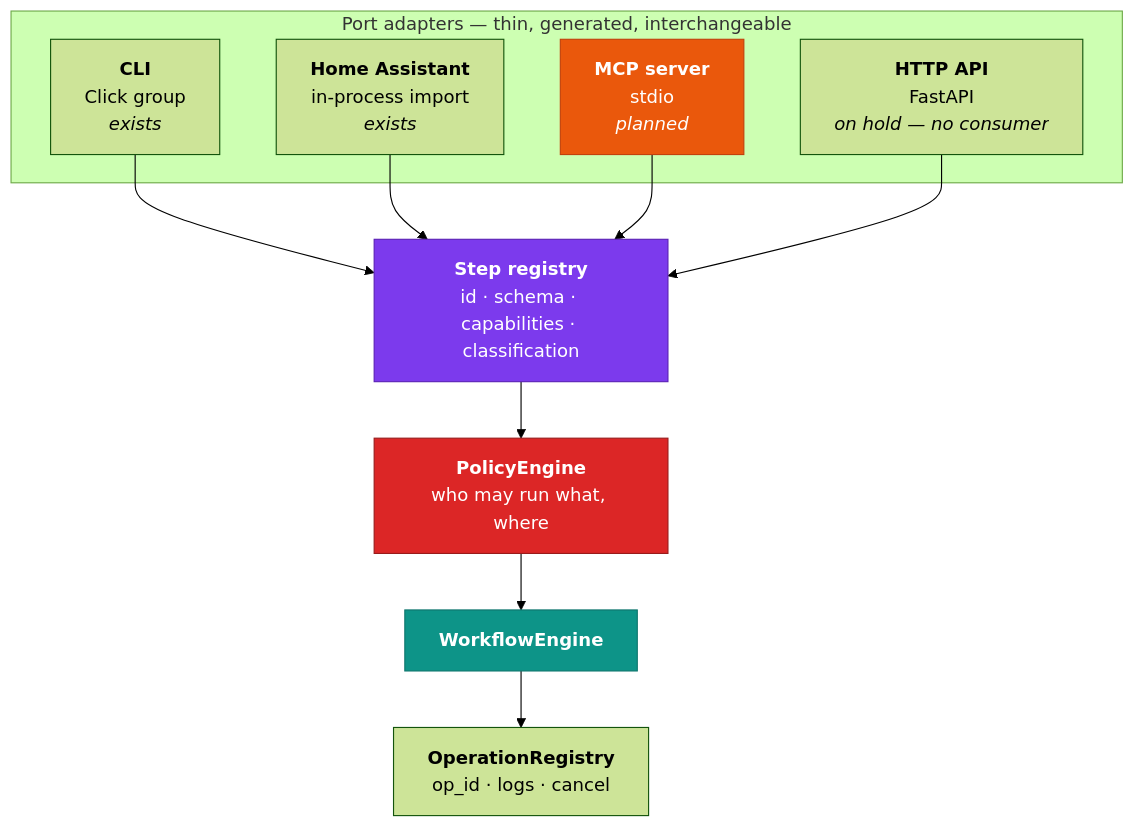
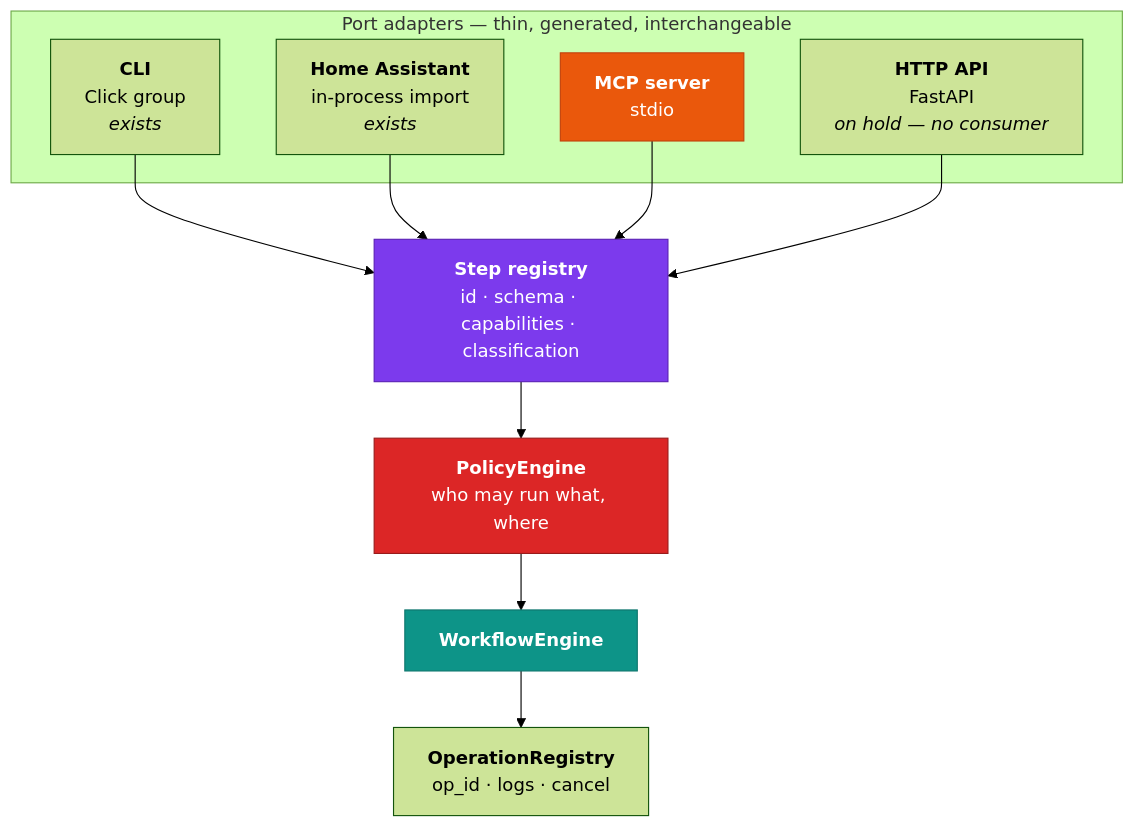
Diagram 18 of 20 in docs/architecture.md (salvuswarez/fleetctl), drawn with Mermaid (forest theme) before and after one commit. The commit also changed other lines of this file and 10 other files, not shown here.

````diff
--- a/docs/architecture.md
+++ b/docs/architecture.md
@@ -1523,25 +1523,25 @@
 ```mermaid
 flowchart TB
     subgraph adapters["Port adapters — thin, generated, interchangeable"]
         CLI3["<b>CLI</b><br/>Click group<br/><i>exists</i>"]
         HA3["<b>Home Assistant</b><br/>in-process import<br/><i>exists</i>"]
-        MCP["<b>MCP server</b><br/>stdio<br/><i>planned</i>"]
+        MCP["<b>MCP server</b><br/>stdio"]
         HTTP["<b>HTTP API</b><br/>FastAPI<br/><i>on hold — no consumer</i>"]
     end
 
     REGX["<b>Step registry</b><br/>id · schema · capabilities · classification"]
     ENGX["<b>WorkflowEngine</b>"]
     OPSX["<b>OperationRegistry</b><br/>op_id · logs · cancel"]
     POL["<b>PolicyEngine</b><br/>who may run what, where"]
 
     CLI3 --> REGX
     HA3 --> REGX
     MCP --> REGX
     HTTP --> REGX
     REGX --> POL --> ENGX --> OPSX
 
     style REGX fill:#7c3aed,stroke:#5b21b6,color:#fff
     style POL fill:#dc2626,stroke:#991b1b,color:#fff
     style ENGX fill:#0d9488,stroke:#0f766e,color:#fff
     style MCP fill:#ea580c,stroke:#c2410c,color:#fff
 ```
````
